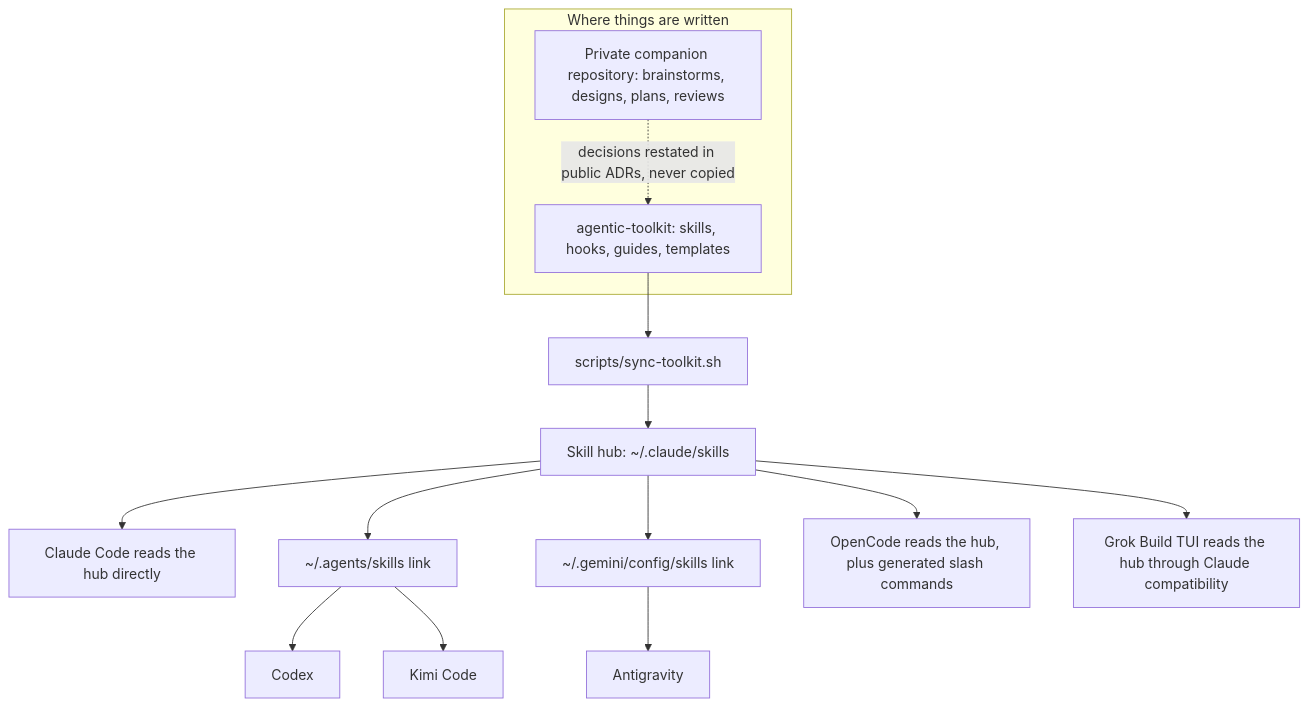
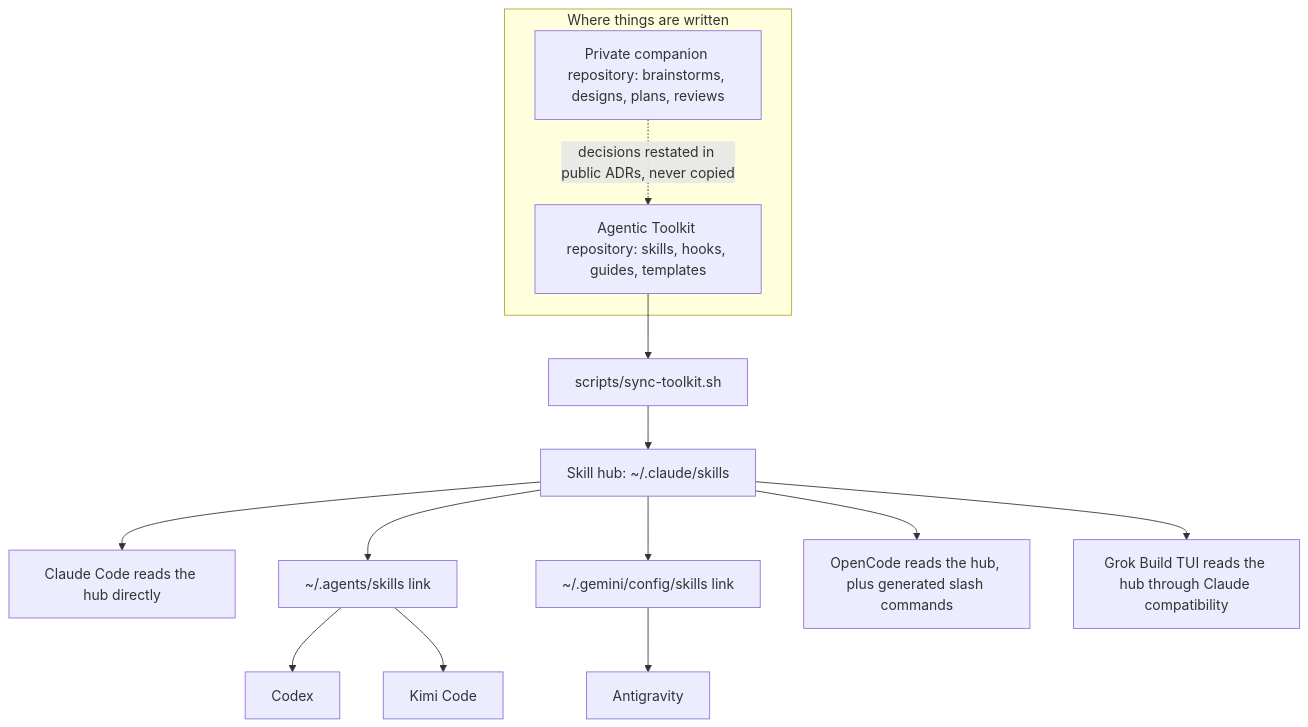
One commit to carlosboeing/agentic-toolkit changed the first of 2 diagrams in README.md. Above: the diagram before and after it, drawn with Mermaid. The commit also changed other lines of this file and 4 other files, not shown here.

First line of the commit message:
docs: use Agentic Toolkit as the display name

````diff
--- a/README.md
+++ b/README.md
@@ -21,18 +21,18 @@
 ```mermaid
 flowchart TB
     subgraph Source["Where things are written"]
-        Repo["agentic-toolkit: skills, hooks, guides, templates"]
+        Repo["Agentic Toolkit repository: skills, hooks, guides, templates"]
         Notes["Private companion repository: brainstorms, designs, plans, reviews"]
         Notes -. "decisions restated in public ADRs, never copied" .-> Repo
     end
     Repo --> Sync["scripts/sync-toolkit.sh"]
     Sync --> Hub["Skill hub: ~/.claude/skills"]
     Hub --> Claude["Claude Code reads the hub directly"]
     Hub --> Agents["~/.agents/skills link"]
     Agents --> Codex["Codex"]
     Agents --> Kimi["Kimi Code"]
     Hub --> Gemini["~/.gemini/config/skills link"]
     Gemini --> Antigravity["Antigravity"]
     Hub --> OpenCode["OpenCode reads the hub, plus generated slash commands"]
     Hub --> Grok["Grok Build TUI reads the hub through Claude compatibility"]
 ```
````
